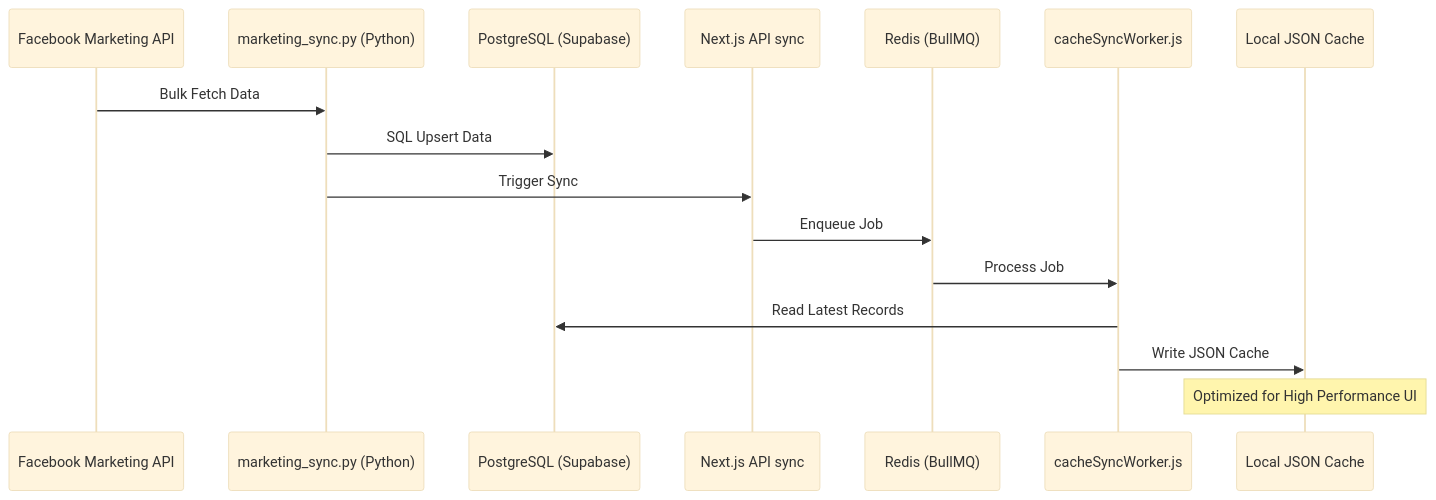
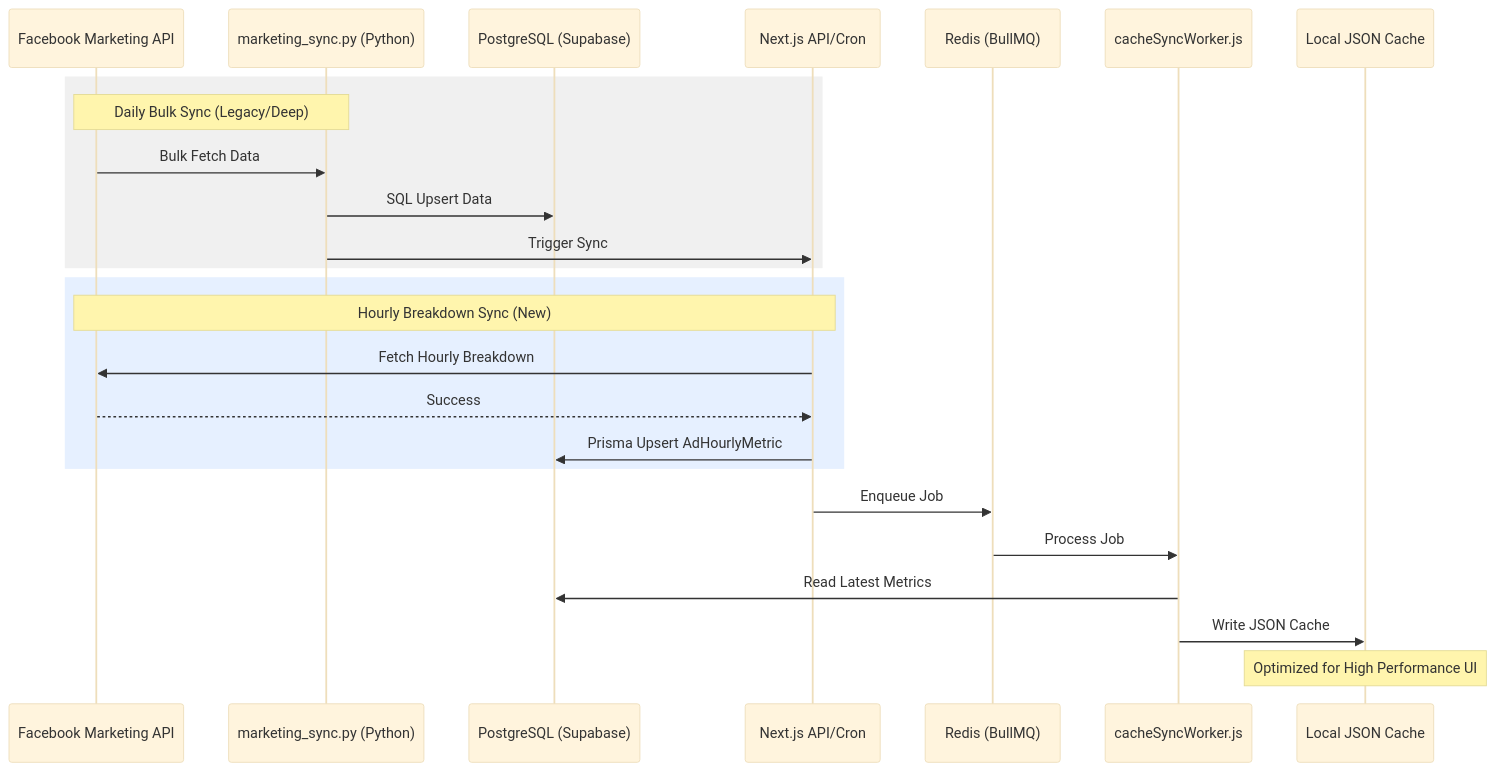
The diagram in crm-app/docs/architecture/diagrams/runtime_sync.mermaid (Freshair129/data_hub), drawn with Mermaid (base theme) before and after one commit. The commit also changed 62 other files, not shown here.

```diff
--- a/crm-app/docs/architecture/diagrams/runtime_sync.mermaid
+++ b/crm-app/docs/architecture/diagrams/runtime_sync.mermaid
@@ -1,17 +1,28 @@
 sequenceDiagram
     participant FB as Facebook Marketing API
     participant PS as marketing_sync.py (Python)
     participant DB as PostgreSQL (Supabase)
-    participant NX as Next.js API sync
+    participant NX as Next.js API/Cron
     participant RD as Redis (BullMQ)
     participant WK as cacheSyncWorker.js
     participant LC as Local JSON Cache
 
-    FB->>PS: Bulk Fetch Data
-    PS->>DB: SQL Upsert Data
-    PS->>NX: Trigger Sync
+    rect rgb(240, 240, 240)
+        Note over PS, FB: Daily Bulk Sync (Legacy/Deep)
+        FB->>PS: Bulk Fetch Data
+        PS->>DB: SQL Upsert Data
+        PS->>NX: Trigger Sync
+    end
+
+    rect rgb(230, 240, 255)
+        Note over NX, FB: Hourly Breakdown Sync (New)
+        NX->>FB: Fetch Hourly Breakdown
+        FB-->>NX: Success
+        NX->>DB: Prisma Upsert AdHourlyMetric
+    end
+
     NX->>RD: Enqueue Job
     RD->>WK: Process Job
-    WK->>DB: Read Latest Records
+    WK->>DB: Read Latest Metrics
     WK->>LC: Write JSON Cache
     Note over LC: Optimized for High Performance UI
```
